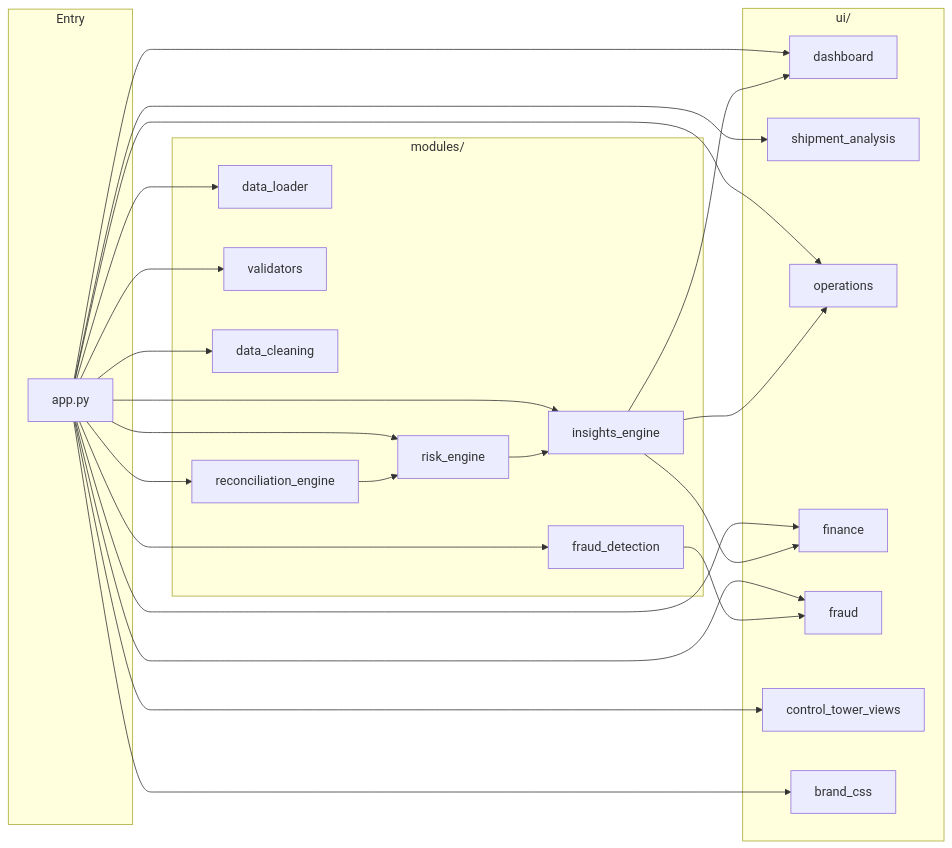
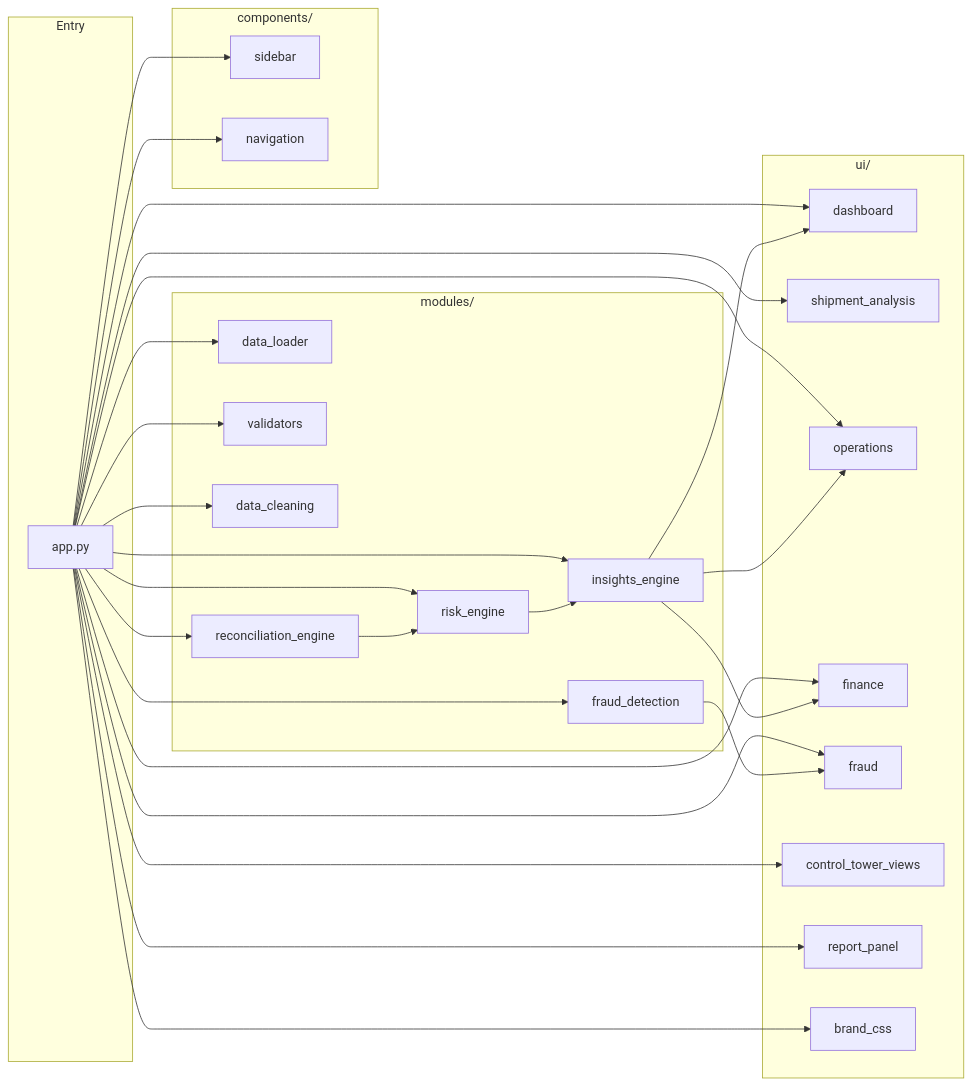
Before and after one commit to abizer007/AI-Document-Intelligence-LR-POD-Invoice-Matching-Agent_LogisticsNow-Hackathon: the second of 3 diagrams in README.md, drawn with Mermaid. The commit also changed other lines of this file, not shown here.

First line of the commit message:
docs: update README with latest features, team members, and PDF report

````diff
--- a/README.md
+++ b/README.md
@@ -89,44 +100,52 @@
 ```mermaid
 flowchart LR
     subgraph entry [Entry]
         App[app.py]
     end
     subgraph modules [modules/]
         Loader[data_loader]
         Valid[validators]
         Clean[data_cleaning]
         Recon[reconciliation_engine]
         Risk[risk_engine]
         FraudMod[fraud_detection]
         Insights[insights_engine]
     end
     subgraph ui [ui/]
         Dash[dashboard]
         Ship[shipment_analysis]
         Ops[operations]
         Fin[finance]
         FraudUI[fraud]
         ControlTower[control_tower_views]
+        ReportPanel[report_panel]
         Brand[brand_css]
+    end
+    subgraph components [components/]
+        Sidebar[sidebar]
+        Nav[navigation]
     end
     App --> Loader
     App --> Valid
     App --> Clean
     App --> Recon
     App --> Risk
     App --> FraudMod
     App --> Insights
     App --> Dash
     App --> Ship
     App --> Ops
     App --> Fin
     App --> FraudUI
     App --> ControlTower
+    App --> ReportPanel
     App --> Brand
+    App --> Sidebar
+    App --> Nav
     Recon --> Risk
     Risk --> Insights
     FraudMod --> FraudUI
     Insights --> Dash
     Insights --> Ops
     Insights --> Fin
 ```
````
